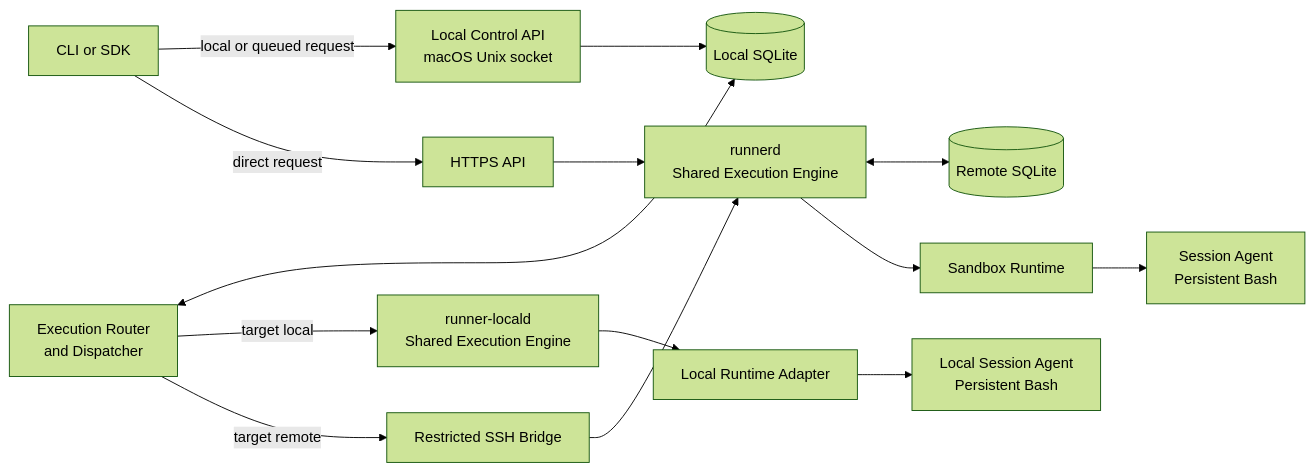
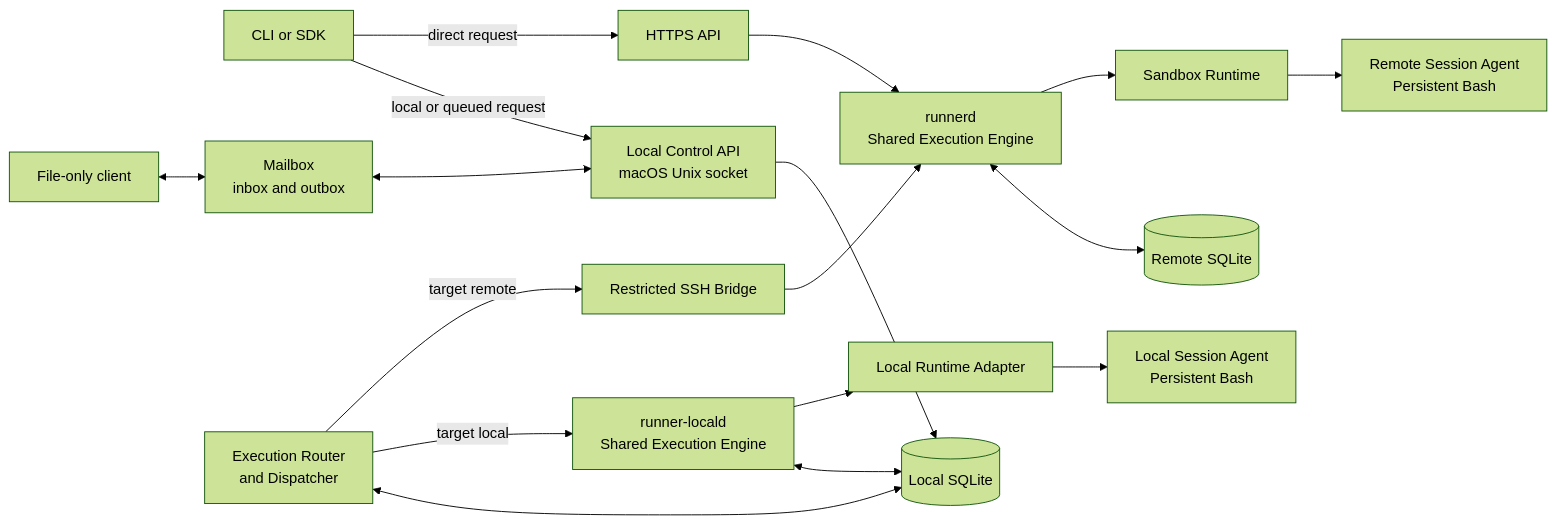
Before and after one commit to gavrilo123456/remote-session-runner: the diagram in 020-initial-design/010-remote-session-runner-initial-design.md, drawn with Mermaid (forest theme). The commit also changed other lines of this file, not shown here.

Commit message:
Update initial design document to clarify architecture for local and remote command execution

````diff
--- a/020-initial-design/010-remote-session-runner-initial-design.md
+++ b/020-initial-design/010-remote-session-runner-initial-design.md
@@ -80,30 +83,35 @@
 ```mermaid
 flowchart LR
     C[CLI or SDK]
-    LAPI[Local Control API\nmacOS Unix socket]
+    FC[File-only client]
+    MB["Mailbox<br/>inbox and outbox"]
+    LAPI["Local Control API<br/>macOS Unix socket"]
     LDB[(Local SQLite)]
-    ROUTER[Execution Router\nand Dispatcher]
-    LOCALD[runner-locald\nShared Execution Engine]
+    ROUTER["Execution Router<br/>and Dispatcher"]
+    LOCALD["runner-locald<br/>Shared Execution Engine"]
     LRT[Local Runtime Adapter]
-    LAGENT[Local Session Agent\nPersistent Bash]
+    LAGENT["Local Session Agent<br/>Persistent Bash"]
     SSH[Restricted SSH Bridge]
     HTTPS[HTTPS API]
-    RD[runnerd\nShared Execution Engine]
+    RD["runnerd<br/>Shared Execution Engine"]
     RDB[(Remote SQLite)]
     RT[Sandbox Runtime]
-    AGENT[Session Agent\nPersistent Bash]
+    AGENT["Remote Session Agent<br/>Persistent Bash"]
 
     C -->|local or queued request| LAPI
+    FC <--> MB
+    MB <--> LAPI
     LAPI --> LDB
     ROUTER <--> LDB
     ROUTER -->|target local| LOCALD
+    LOCALD <--> LDB
     LOCALD --> LRT
     LRT --> LAGENT
     ROUTER -->|target remote| SSH
     SSH --> RD
     C -->|direct request| HTTPS
     HTTPS --> RD
     RD <--> RDB
     RD --> RT
     RT --> AGENT
 ```
````
